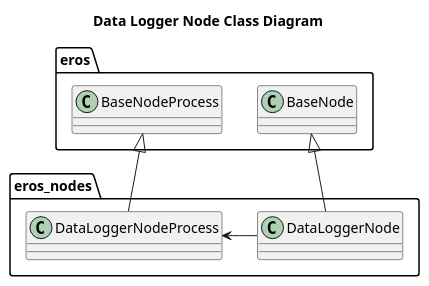
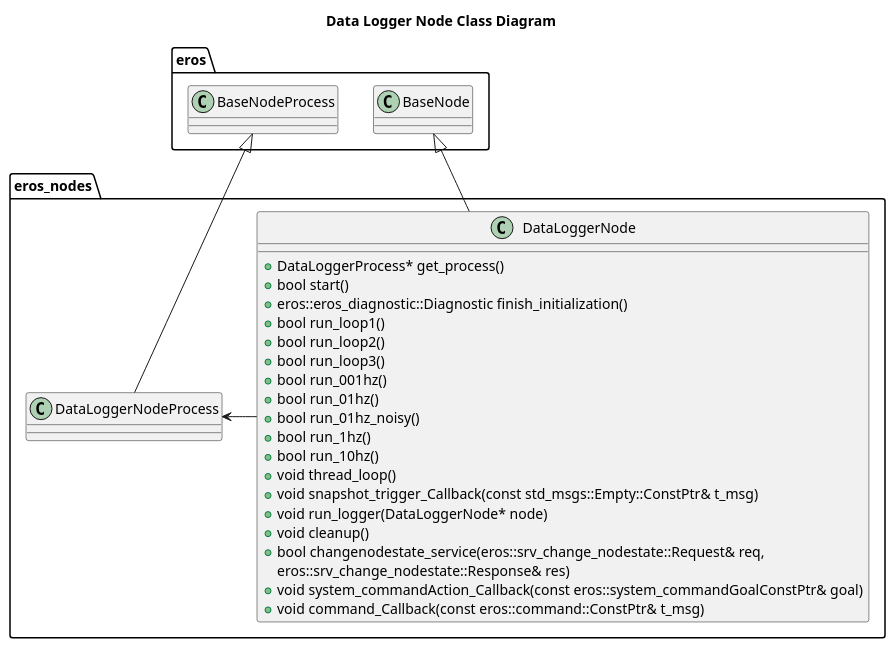
The diagram in nodes/DataLoggerNode/doc/DataLoggerNodeClassDiagram.puml (dgitz/eros), drawn with PlantUML before and after one commit.

```diff
--- a/nodes/DataLoggerNode/doc/DataLoggerNodeClassDiagram.puml
+++ b/nodes/DataLoggerNode/doc/DataLoggerNodeClassDiagram.puml
@@ -1,23 +1,41 @@
 @startuml
 title Data Logger Node Class Diagram
 package eros {
     class BaseNode
     class BaseNodeProcess
 }
 namespace eros_nodes {
     class DataLoggerNode {
-
+        +DataLoggerProcess* get_process()
+        +bool start()
+        +eros::eros_diagnostic::Diagnostic finish_initialization()
+        +bool run_loop1()
+        +bool run_loop2()
+        +bool run_loop3()
+        +bool run_001hz()
+        +bool run_01hz()
+        +bool run_01hz_noisy()
+        +bool run_1hz()
+        +bool run_10hz()
+        +void thread_loop()
+        +void snapshot_trigger_Callback(const std_msgs::Empty::ConstPtr& t_msg)
+        +void run_logger(DataLoggerNode* node)
+        +void cleanup()
+        +bool changenodestate_service(eros::srv_change_nodestate::Request& req,
+                                    eros::srv_change_nodestate::Response& res)
+        +void system_commandAction_Callback(const eros::system_commandGoalConstPtr& goal)
+        +void command_Callback(const eros::command::ConstPtr& t_msg)
     }
     class DataLoggerNodeProcess {
 
     }
 
     BaseNode <|-- DataLoggerNode
     BaseNodeProcess <|-- DataLoggerNodeProcess
     DataLoggerNode -> DataLoggerNodeProcess 
 
 
 
 }
 
 @enduml
```
